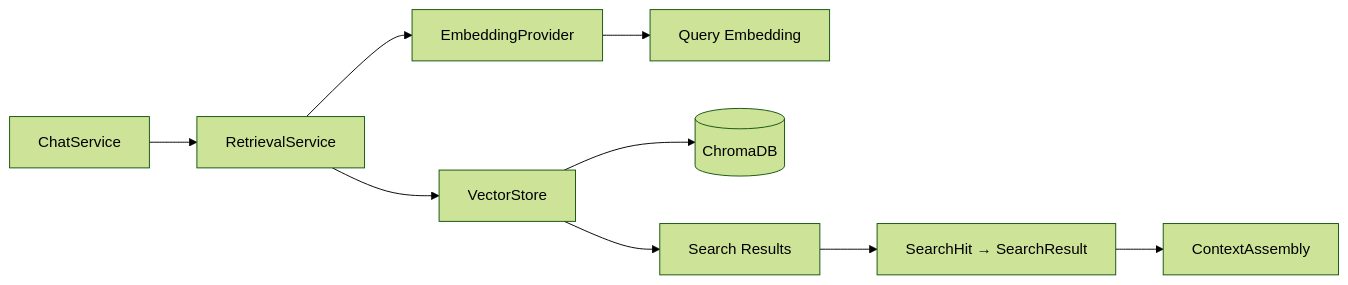
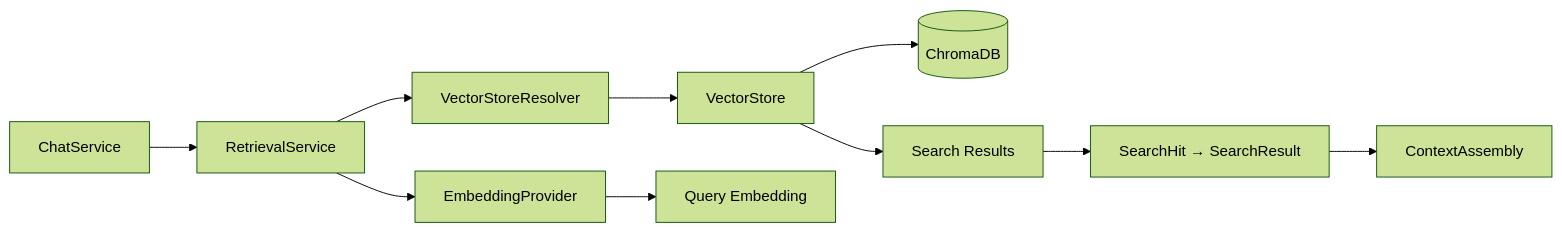
The fifth of 9 diagrams in docs/architecture/diagrams/README.md (Smit-whitespace/repository-intelligence-platform), drawn with Mermaid (forest theme) before and after one commit. The commit also changed other lines of this file and 75 other files, not shown here.

````diff
--- a/docs/architecture/diagrams/README.md
+++ b/docs/architecture/diagrams/README.md
@@ -90,11 +92,12 @@
 ```mermaid
 graph LR
     CS["ChatService"] --> RS["RetrievalService"]
     RS --> EP["EmbeddingProvider"]
-    RS --> VS2["VectorStore"]
+    RS --> VR["VectorStoreResolver"]
+    VR --> VS2["VectorStore"]
     EP --> QEMB["Query Embedding"]
     VS2 --> DB2[("ChromaDB")]
     VS2 --> RESULTS["Search Results"]
     RESULTS --> HITS["SearchHit → SearchResult"]
     HITS --> CA["ContextAssembly"]
 ```
````
